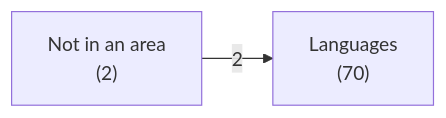
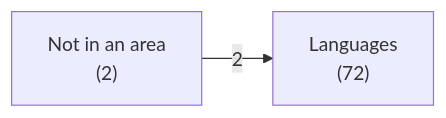
Before and after one commit to ruudkoot/rune: the first of 3 diagrams in docs/lib/language/haskell/depends.md, drawn with Mermaid. The commit also changed other lines of this file and 32 other files, not shown here.

````diff
--- a/docs/lib/language/haskell/depends.md
+++ b/docs/lib/language/haskell/depends.md
@@ -24,6 +24,6 @@
 ```mermaid
 flowchart LR
-  a0["Languages<br>(70)"]
+  a0["Languages<br>(72)"]
   a1["Not in an area<br>(2)"]
   a1 -- 2 --> a0
 ```
````
